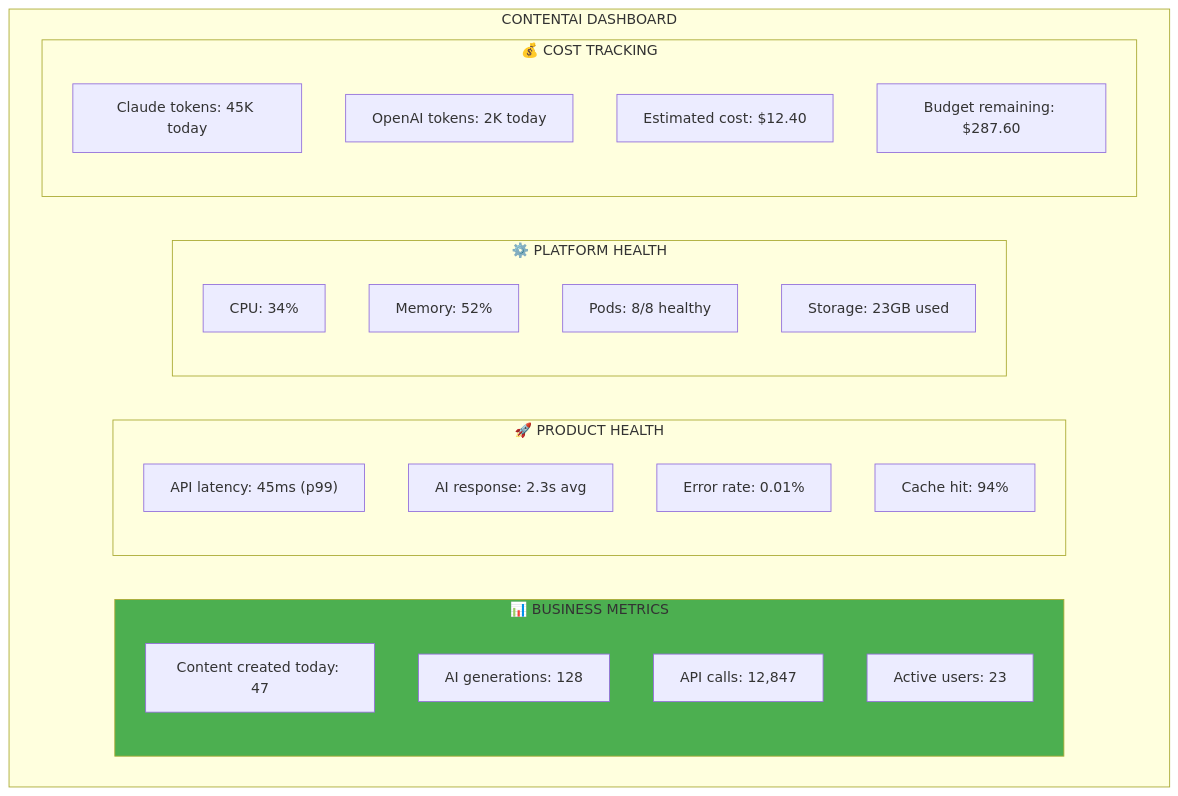
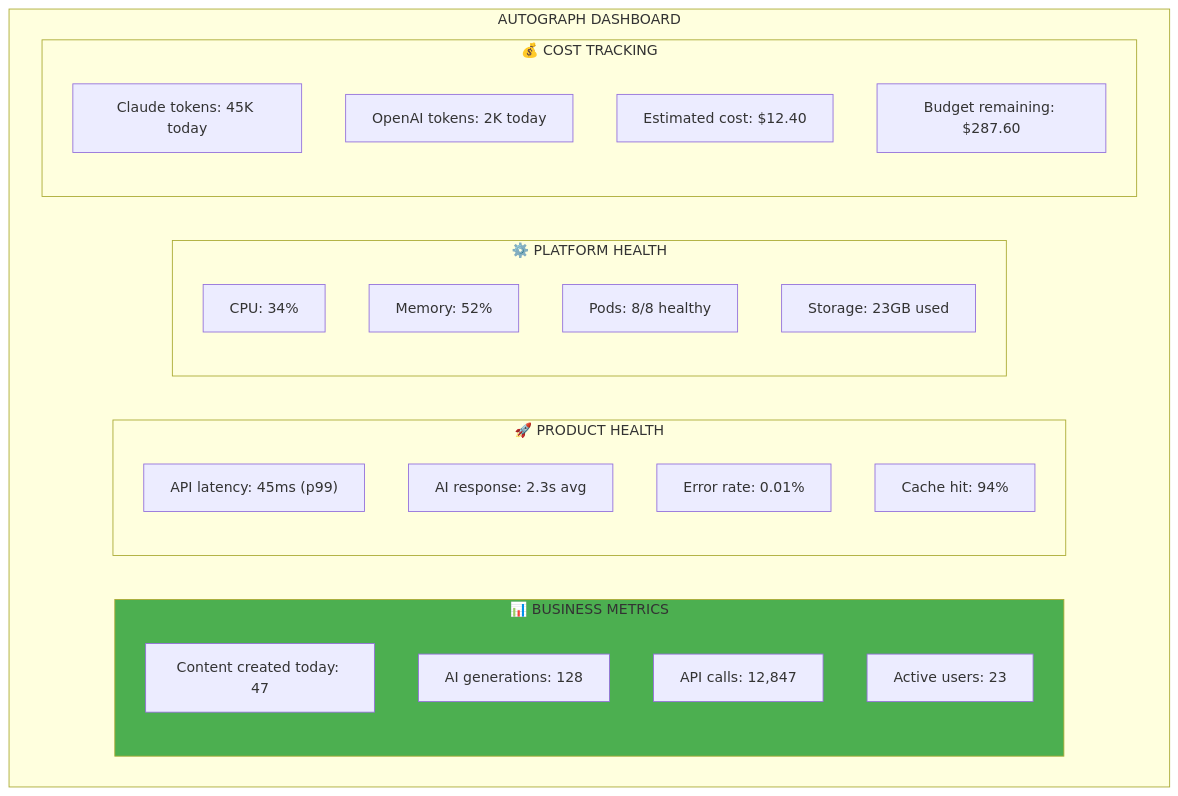
Before and after one commit to PearlThoughtsInternship/Internship-Obsidian-Vault: the eighth of 9 diagrams in DevOps/01-Product/03-Capabilities.md, drawn with Mermaid. The commit also changed other lines of this file and 7 other files, not shown here.

````diff
--- a/DevOps/01-Product/03-Capabilities.md
+++ b/DevOps/01-Product/03-Capabilities.md
@@ -293,34 +293,34 @@
 ```mermaid
 flowchart TB
-    subgraph Dashboard["CONTENTAI DASHBOARD"]
+    subgraph Dashboard["AUTOGRAPH DASHBOARD"]
         subgraph Business["📊 BUSINESS METRICS"]
             BM1["Content created today: 47"]
             BM2["AI generations: 128"]
             BM3["API calls: 12,847"]
             BM4["Active users: 23"]
         end
 
         subgraph Product["🚀 PRODUCT HEALTH"]
             PM1["API latency: 45ms (p99)"]
             PM2["AI response: 2.3s avg"]
             PM3["Error rate: 0.01%"]
             PM4["Cache hit: 94%"]
         end
 
         subgraph Platform["⚙️ PLATFORM HEALTH"]
             PL1["CPU: 34%"]
             PL2["Memory: 52%"]
             PL3["Pods: 8/8 healthy"]
             PL4["Storage: 23GB used"]
         end
 
         subgraph Costs["💰 COST TRACKING"]
             C1["Claude tokens: 45K today"]
             C2["OpenAI tokens: 2K today"]
             C3["Estimated cost: $12.40"]
             C4["Budget remaining: $287.60"]
         end
     end
 
     style Business fill:#4CAF50
 ```
````
